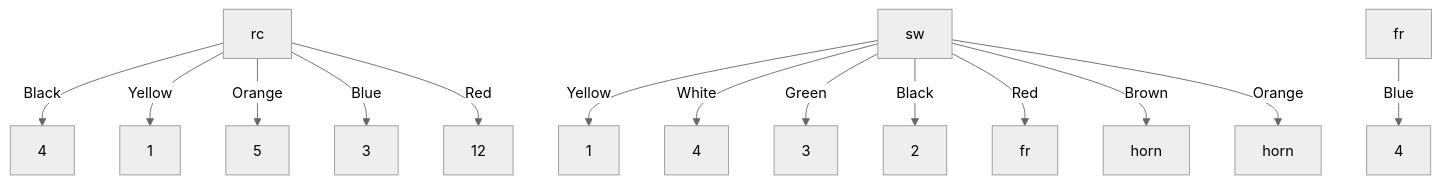
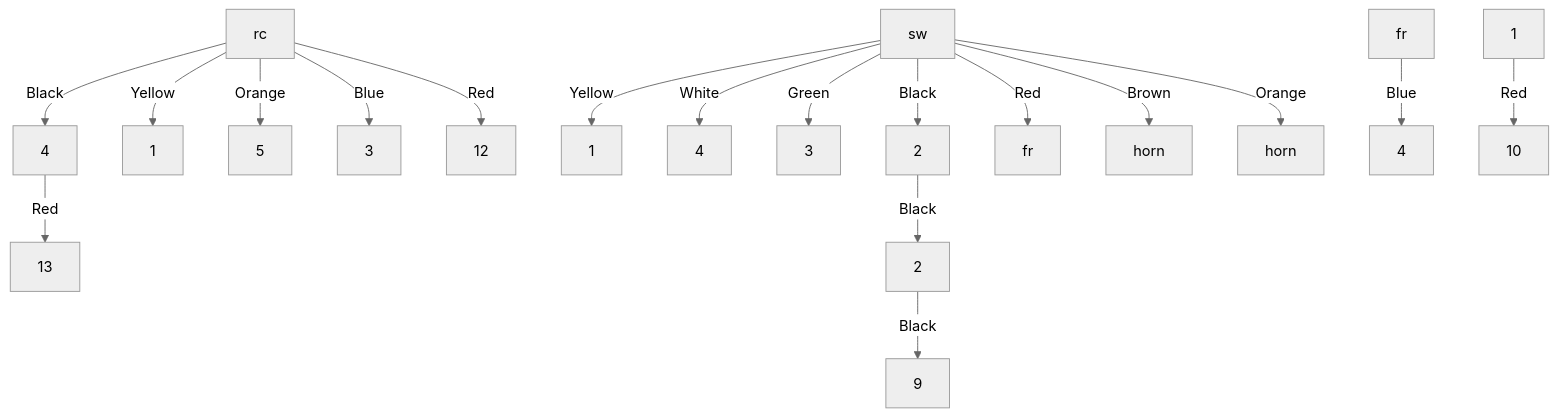
Before and after one commit to ElectricElk/schwinn-ss: the diagram in wiring.md, drawn with Mermaid (neutral theme). The commit also changed 2 other files, not shown here.

````diff
--- a/wiring.md
+++ b/wiring.md
@@ -1,16 +1,20 @@
 ```mermaid  
 graph TD  
     rc1[rc] -- Black --> rc4[4]  
     rc1 -- Yellow --> rc1_1[1]  
     rc1 -- Orange --> rc5[5]  
     rc1 -- Blue --> rc3[3]  
     rc1 -- Red --> rc12[12]  
     sw1[sw] -- Yellow --> sw1_1[1]  
     sw1 -- White --> sw4[4]  
     sw1 -- Green --> sw3[3]  
     sw1 -- Black --> sw2[2]  
     sw1 -- Red --> sw_fr[fr]  
     fr1[fr] -- Blue --> fr4[4]  
     sw1 -- Brown --> sw_horn[horn]  
     sw1 -- Orange --> sw_horn2[horn]  
+    node1[1] -- Red --> node10[10]  
+    sw2 -- Black --> sw2_2[2]  
+    sw2_2 -- Black --> node9[9]  
+    rc4 -- Red --> node13[13]  
 ```  
````
